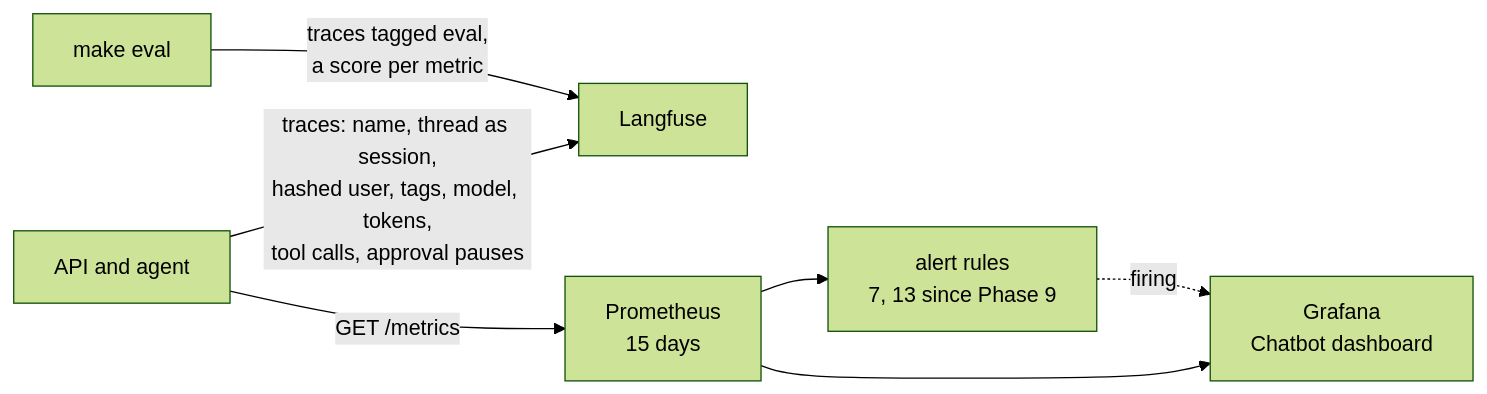
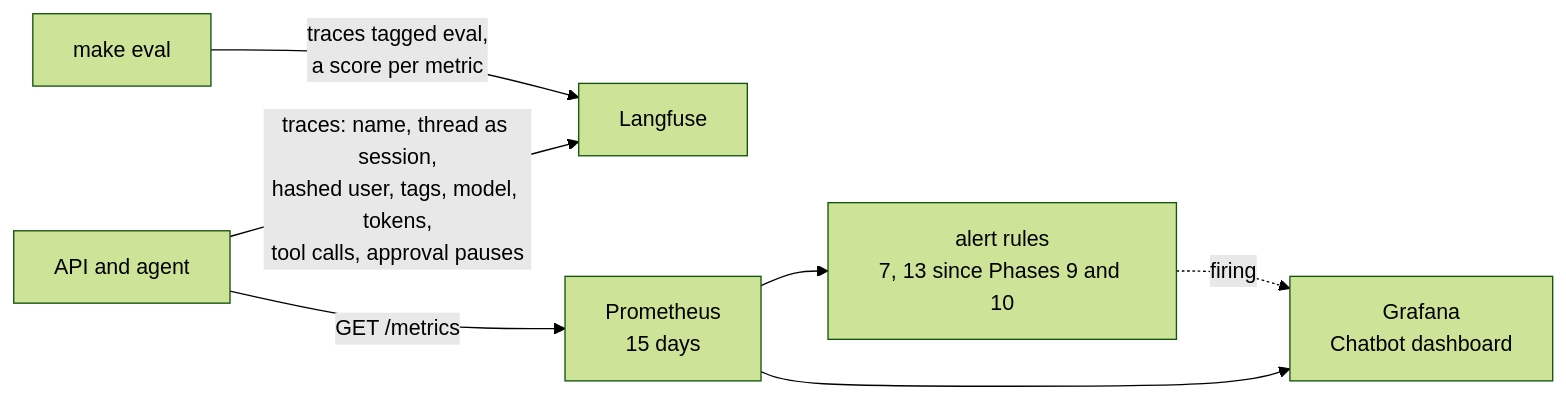
One commit to Anirudh1905/agentic-ai-chatbot changed the seventh of 8 diagrams in docs/phase-8-security-observability.md. Above: the diagram before and after it, drawn with Mermaid (forest theme). The commit also changed other lines of this file and 72 other files, not shown here.

First line of the commit message:
Docs in sync with the code; Phase 9 split into Phases 9 to 12; CLAUDE.md

````diff
--- a/docs/phase-8-security-observability.md
+++ b/docs/phase-8-security-observability.md
@@ -235,9 +238,9 @@
 ```mermaid
 flowchart LR
     API[API and agent] -->|"traces: name, thread as session,<br/>hashed user, tags, model, tokens,<br/>tool calls, approval pauses"| LF[Langfuse]
     API -->|"GET /metrics"| Prom[Prometheus<br/>15 days]
-    Prom --> Rules["alert rules<br/>7, 13 since Phase 9"]
+    Prom --> Rules["alert rules<br/>7, 13 since Phases 9 and 10"]
     Prom --> Graf[Grafana<br/>Chatbot dashboard]
     Rules -.->|firing| Graf
     Evals["make eval"] -->|"traces tagged eval,<br/>a score per metric"| LF
 ```
````
